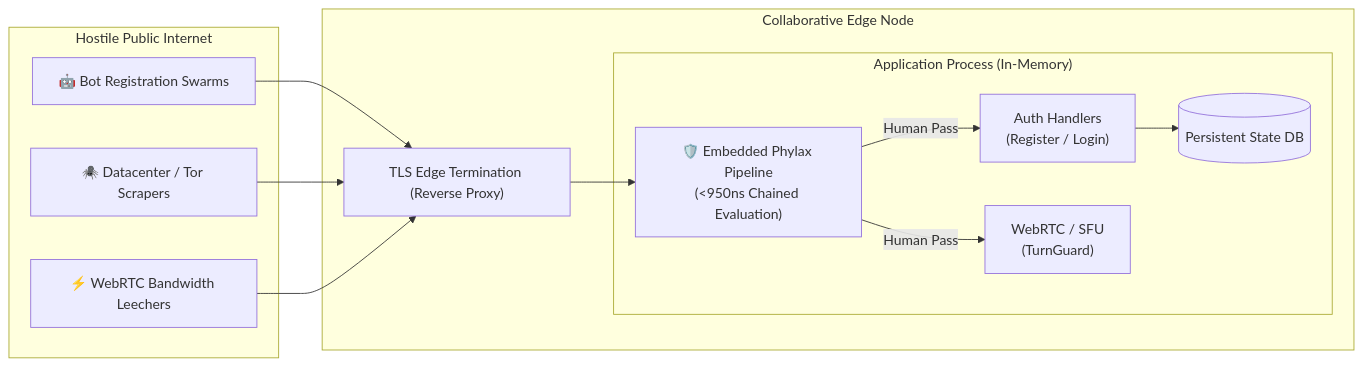
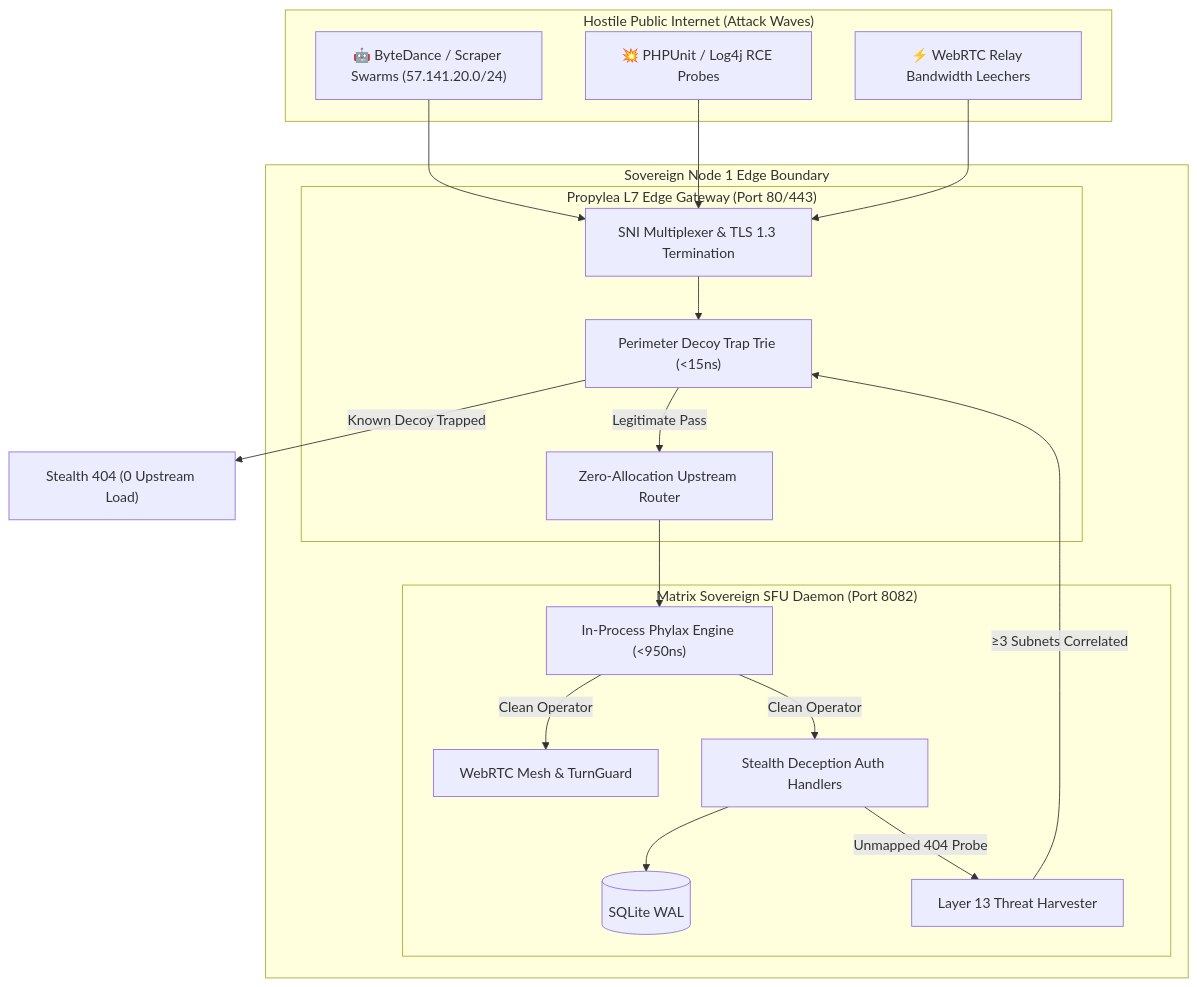
One commit to xuoxod/phylax changed the diagram in docs/03_CASE_STUDY_MATRIX_PRODUCTION.md. Above: the diagram before and after it, drawn with Mermaid. The commit also changed other lines of this file and 6 other files, not shown here.

Commit message:
docs: enrich defense architecture with non-overlapping enterprise diagrams and telemetry

````diff
--- a/docs/03_CASE_STUDY_MATRIX_PRODUCTION.md
+++ b/docs/03_CASE_STUDY_MATRIX_PRODUCTION.md
@@ -25,27 +25,37 @@
 ```mermaid
-flowchart LR
-    subgraph HostileInternet["Hostile Public Internet"]
-        BOT["🤖 Bot Registration Swarms"]
-        CRAWLER["🕷️ Datacenter / Tor Scrapers"]
-        LEECH["⚡ WebRTC Bandwidth Leechers"]
+flowchart TD
+    subgraph HostileInternet["Hostile Public Internet (Attack Waves)"]
+        BOT["🤖 ByteDance / Scraper Swarms (57.141.20.0/24)"]
+        CVE["💥 PHPUnit / Log4j RCE Probes"]
+        LEECH["⚡ WebRTC Relay Bandwidth Leechers"]
     end
 
-    subgraph MatrixEdge["Collaborative Edge Node"]
-        PROXY["TLS Edge Termination (Reverse Proxy)"]
+    subgraph NodeEdge["Sovereign Node 1 Edge Boundary"]
+        subgraph PropyleaGateway["Propylea L7 Edge Gateway (Port 80/443)"]
+            TLS["SNI Multiplexer & TLS 1.3 Termination"]
+            L05["Perimeter Decoy Trap Trie (<15ns)"]
+            ROUTER["Zero-Allocation Upstream Router"]
+        end
         
-        subgraph AxumProcess["Application Process (In-Memory)"]
-            PHYLAX["🛡️ Embedded Phylax Pipeline<br/>(<950ns Chained Evaluation)"]
-            AUTH["Auth Handlers<br/>(Register / Login)"]
-            MEDIA["WebRTC / SFU<br/>(TurnGuard)"]
-            DB[(Persistent State DB)]
+        subgraph MatrixApp["Matrix Sovereign SFU Daemon (Port 8082)"]
+            PHYLAX["In-Process Phylax Engine (<950ns)"]
+            WEBRTC["WebRTC Mesh & TurnGuard"]
+            AUTH["Stealth Deception Auth Handlers"]
+            HARVEST["Layer 13 Threat Harvester"]
+            DB[(SQLite WAL)]
         end
     end
 
-    BOT --> PROXY
-    CRAWLER --> PROXY
-    LEECH --> PROXY
-    PROXY --> PHYLAX
-    PHYLAX -- Human Pass --> AUTH
-    PHYLAX -- Human Pass --> MEDIA
+    BOT --> TLS
+    CVE --> TLS
+    LEECH --> TLS
+    TLS --> L05
+    L05 -- Known Decoy Trapped --> GHOST["Stealth 404 (0 Upstream Load)"]
+    L05 -- Legitimate Pass --> ROUTER
+    ROUTER --> PHYLAX
+    PHYLAX -- Clean Operator --> WEBRTC
+    PHYLAX -- Clean Operator --> AUTH
     AUTH --> DB
+    AUTH -- Unmapped 404 Probe --> HARVEST
+    HARVEST -- ≥3 Subnets Correlated --> L05
 ```
````
